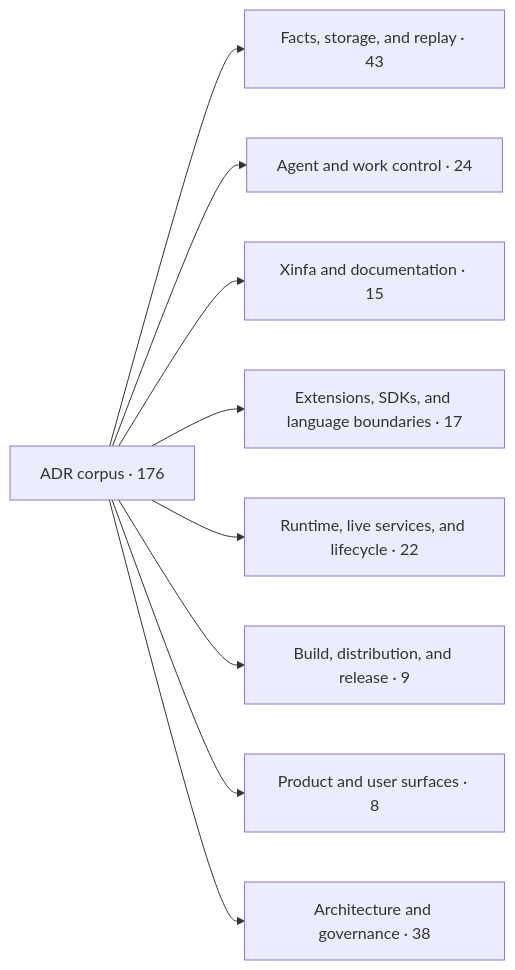
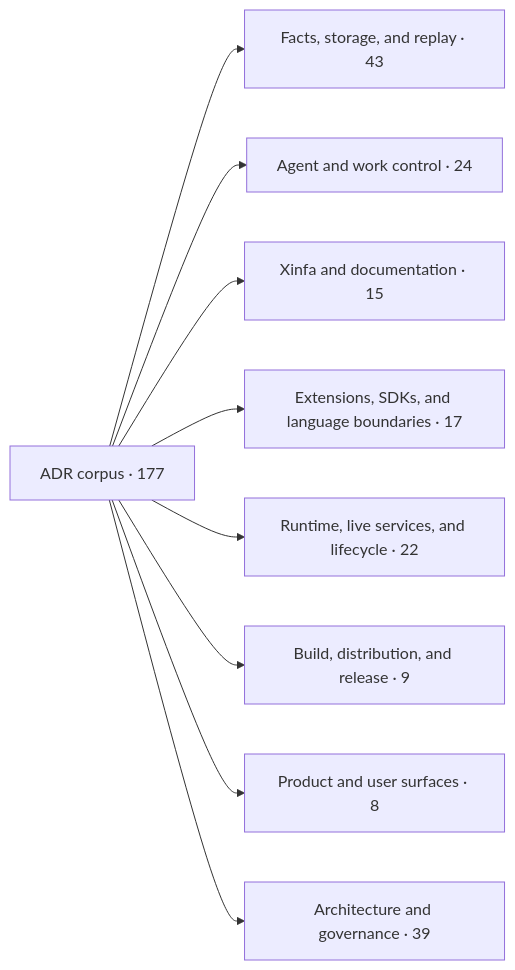
The first of 2 diagrams in docs/architecture/adr-map.md (PterX/kungfu), drawn with Mermaid before and after one commit. The commit also changed other lines of this file and 18 other files, not shown here.

````diff
--- a/docs/architecture/adr-map.md
+++ b/docs/architecture/adr-map.md
@@ -20,12 +20,12 @@
 ```mermaid
 flowchart LR
-  root["ADR corpus · 176"]
+  root["ADR corpus · 177"]
   root --> d0["Facts, storage, and replay · 43"]
   root --> d1["Agent and work control · 24"]
   root --> d2["Xinfa and documentation · 15"]
   root --> d3["Extensions, SDKs, and language boundaries · 17"]
   root --> d4["Runtime, live services, and lifecycle · 22"]
   root --> d5["Build, distribution, and release · 9"]
   root --> d6["Product and user surfaces · 8"]
-  root --> d7["Architecture and governance · 38"]
+  root --> d7["Architecture and governance · 39"]
 ```
````
